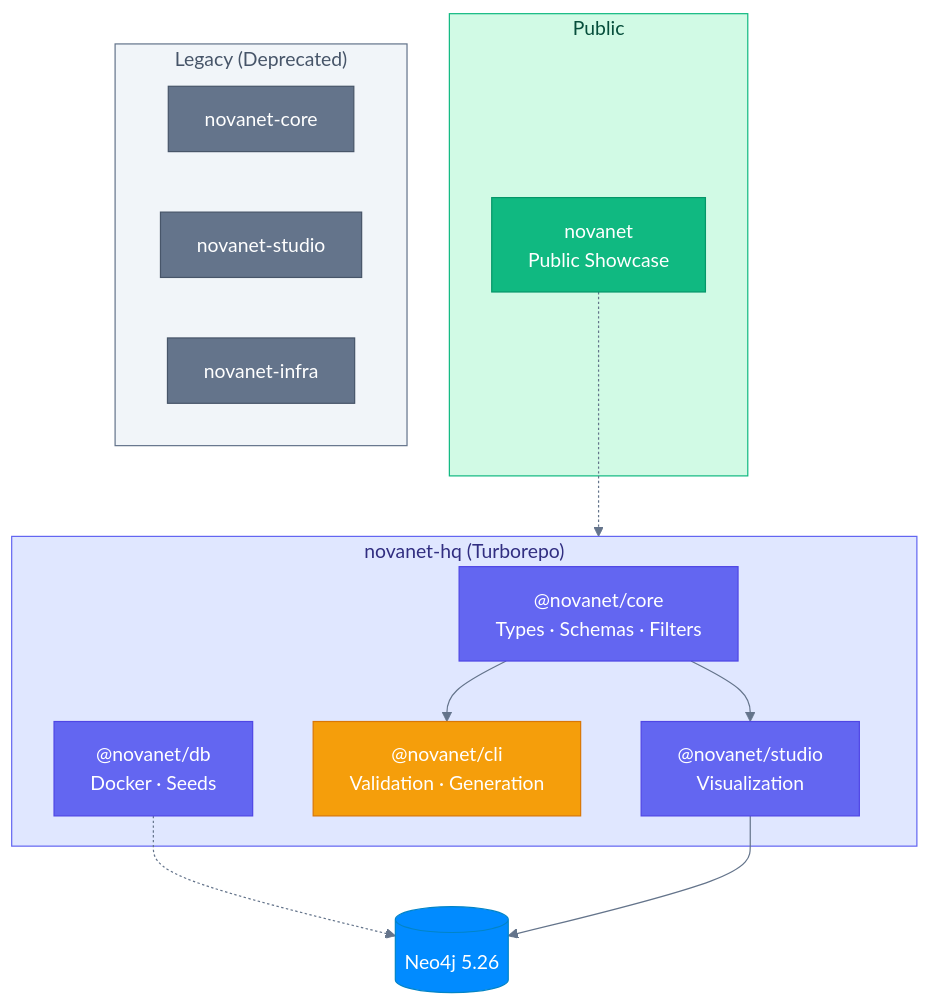
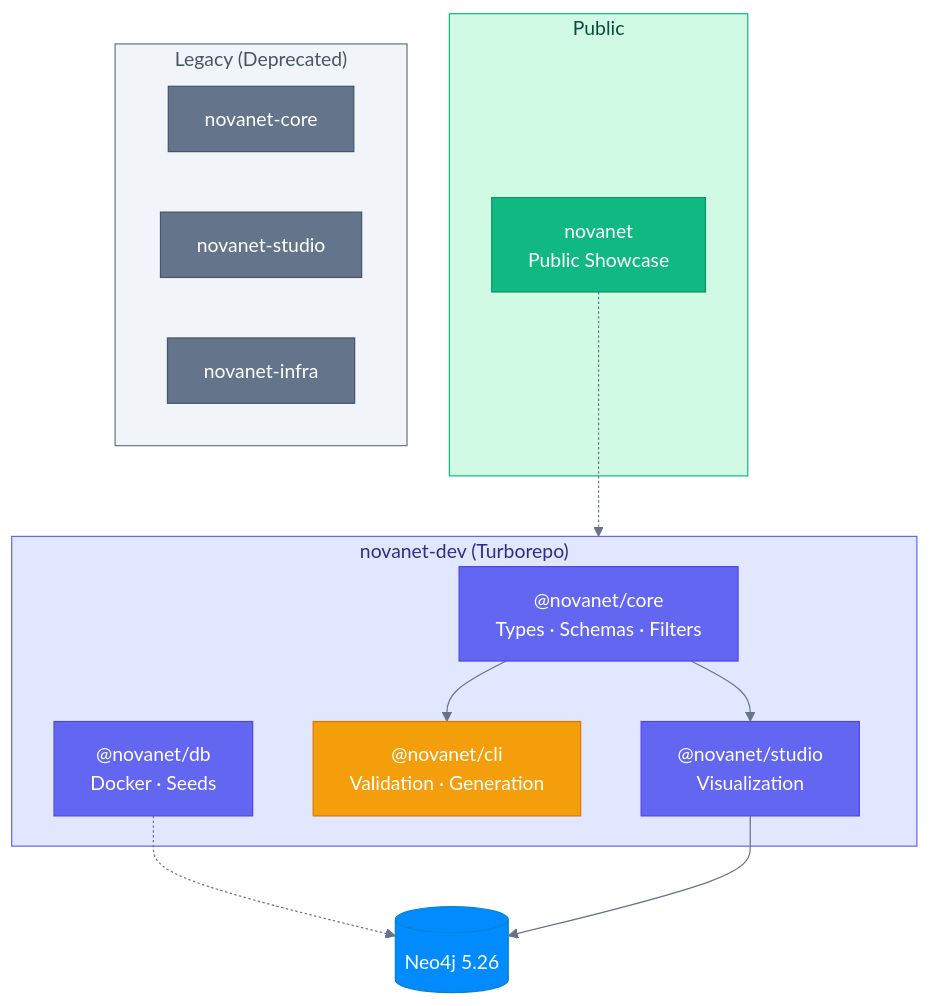
The diagram in ECOSYSTEM.md (supernovae-st/novanet), drawn with Mermaid before and after one commit. The commit also changed other lines of this file and 1 other file, not shown here.

First line of the commit message:
docs: rename novanet-hq to novanet-dev

````diff
--- a/ECOSYSTEM.md
+++ b/ECOSYSTEM.md
@@ -9,44 +9,44 @@
 ```mermaid
 %%{init: {'theme': 'base', 'themeVariables': {'lineColor': '#64748b'}}}%%
 flowchart TB
     subgraph PUBLIC["Public"]
         NOVANET[novanet<br/>Public Showcase]
     end
 
-    subgraph MONOREPO["novanet-hq (Turborepo)"]
+    subgraph MONOREPO["novanet-dev (Turborepo)"]
         CORE["@novanet/core<br/>Types · Schemas · Filters"]
         DB["@novanet/db<br/>Docker · Seeds"]
         CLI["@novanet/cli<br/>Validation · Generation"]
         STUDIO["@novanet/studio<br/>Visualization"]
     end
 
     subgraph LEGACY["Legacy (Deprecated)"]
         CORE_OLD[novanet-core]
         STUDIO_OLD[novanet-studio]
         INFRA_OLD[novanet-infra]
     end
 
     NEO4J[("Neo4j 5.26")]
 
     NOVANET -.-> MONOREPO
     CORE --> STUDIO
     CORE --> CLI
     DB -.-> NEO4J
     STUDIO --> NEO4J
 
     classDef public fill:#10b981,stroke:#059669,color:#fff
     classDef mono fill:#6366f1,stroke:#4f46e5,color:#fff
     classDef cli fill:#f59e0b,stroke:#d97706,color:#fff
     classDef legacy fill:#64748b,stroke:#475569,color:#fff
     classDef db fill:#018bff,stroke:#0284c7,color:#fff
 
     class NOVANET public
     class CORE,DB,STUDIO mono
     class CLI cli
     class CORE_OLD,STUDIO_OLD,INFRA_OLD legacy
     class NEO4J db
 
     style PUBLIC fill:#d1fae5,stroke:#10b981,color:#064e3b
     style MONOREPO fill:#e0e7ff,stroke:#6366f1,color:#312e81
     style LEGACY fill:#f1f5f9,stroke:#64748b,color:#475569
 ```
````
